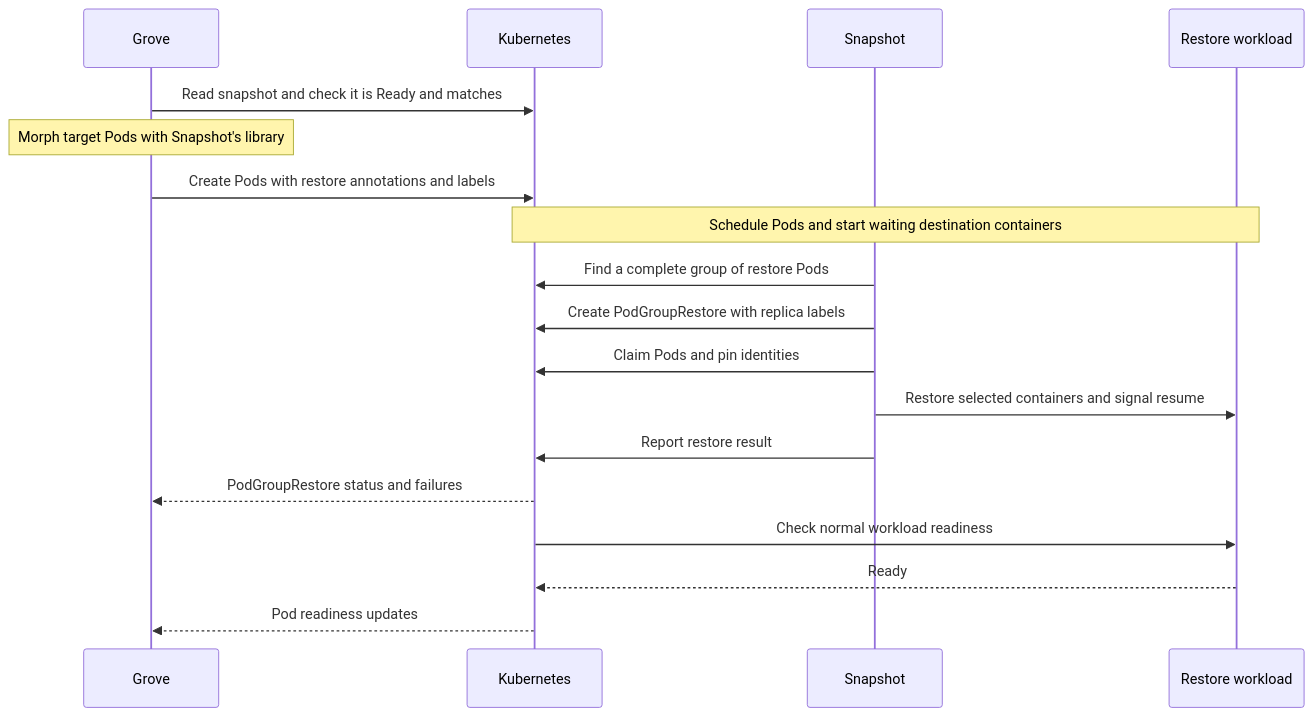
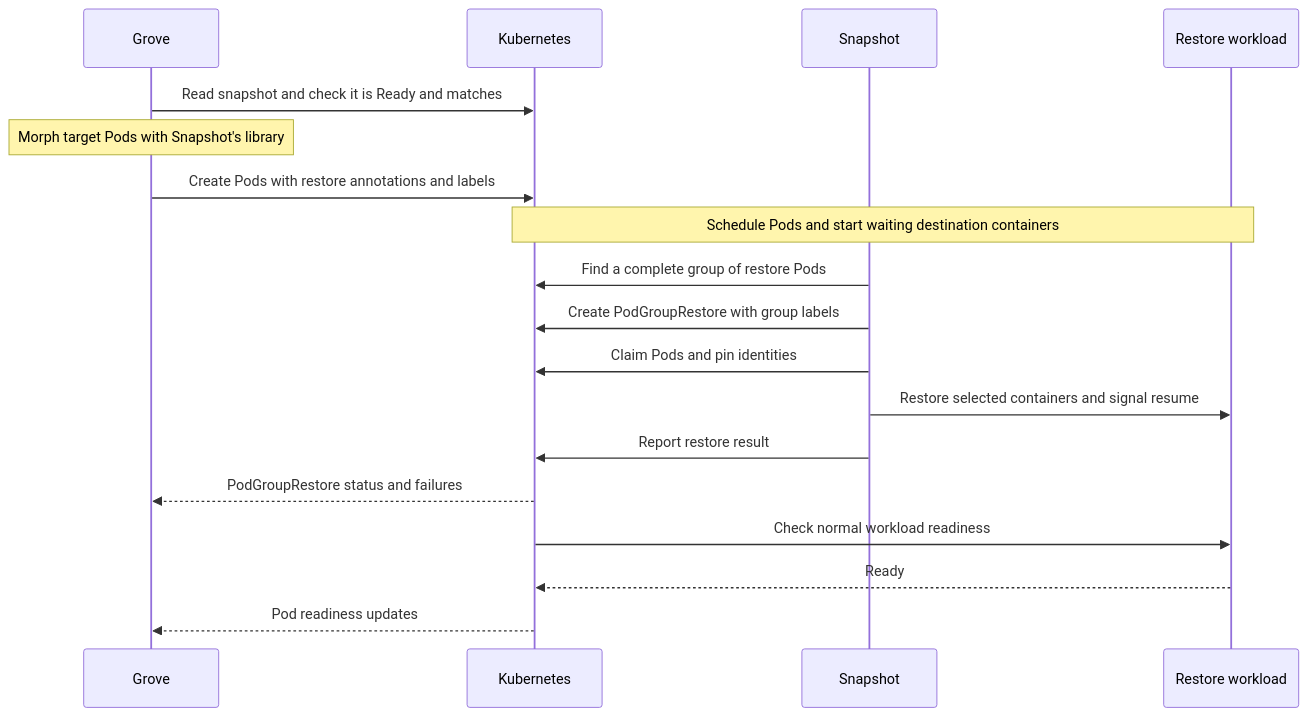
Before and after one commit to ai-dynamo/grove: the second of 2 diagrams in docs/proposals/1020-snapshot-capture-restore/README.md, drawn with Mermaid. The commit also changed other lines of this file, not shown here.

First line of the commit message:
docs(grep-1020): retire a restore replica before reusing its group key

````diff
--- a/docs/proposals/1020-snapshot-capture-restore/README.md
+++ b/docs/proposals/1020-snapshot-capture-restore/README.md
@@ -276,20 +276,20 @@
 ```mermaid
 sequenceDiagram
     participant G as Grove
     participant K as Kubernetes
     participant S as Snapshot
     participant W as Restore workload
     G->>K: Read snapshot and check it is Ready and matches
     Note over G: Morph target Pods with Snapshot's library
     G->>K: Create Pods with restore annotations and labels
     Note over K,W: Schedule Pods and start waiting destination containers
     S->>K: Find a complete group of restore Pods
-    S->>K: Create PodGroupRestore with replica labels
+    S->>K: Create PodGroupRestore with group labels
     S->>K: Claim Pods and pin identities
     S->>W: Restore selected containers and signal resume
     S->>K: Report restore result
     K-->>G: PodGroupRestore status and failures
     K->>W: Check normal workload readiness
     W-->>K: Ready
     K-->>G: Pod readiness updates
 ```
````
